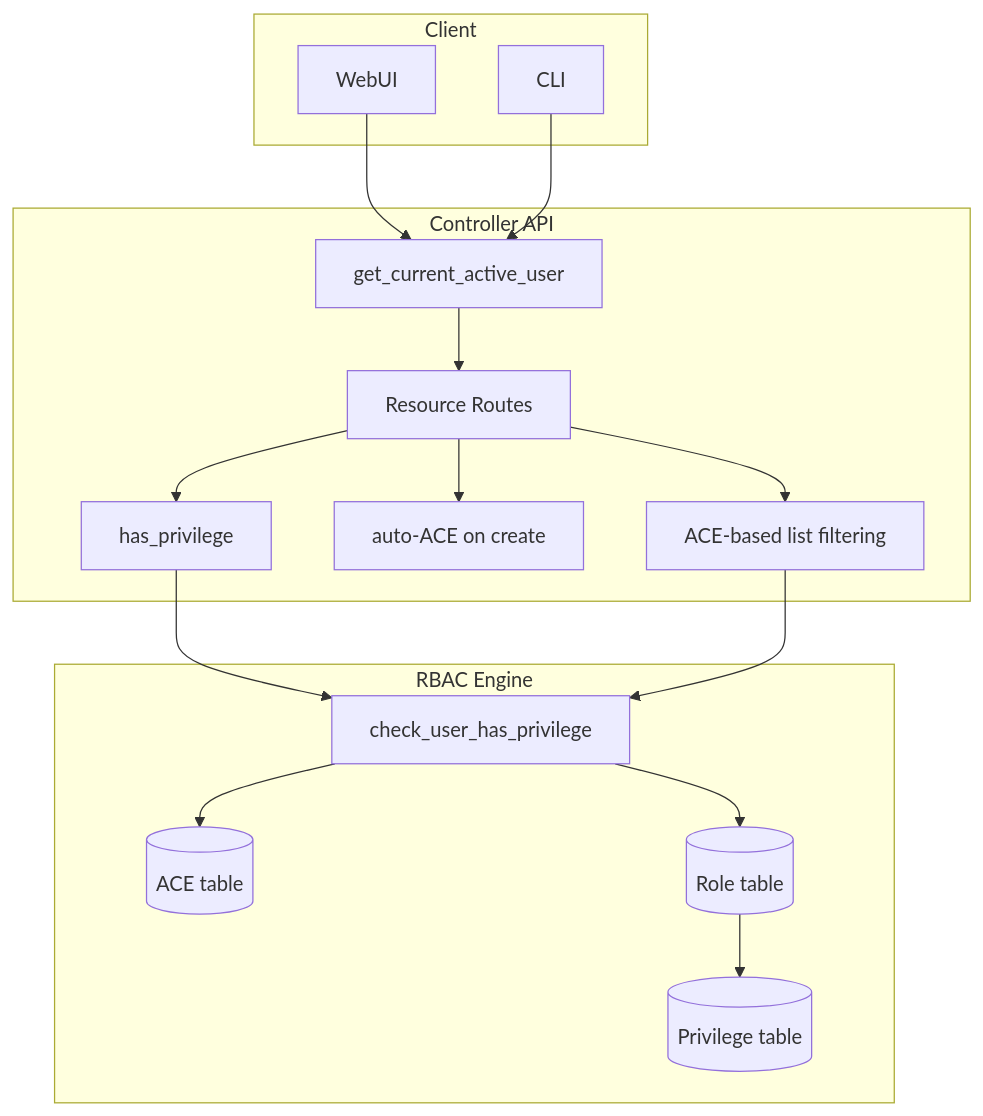
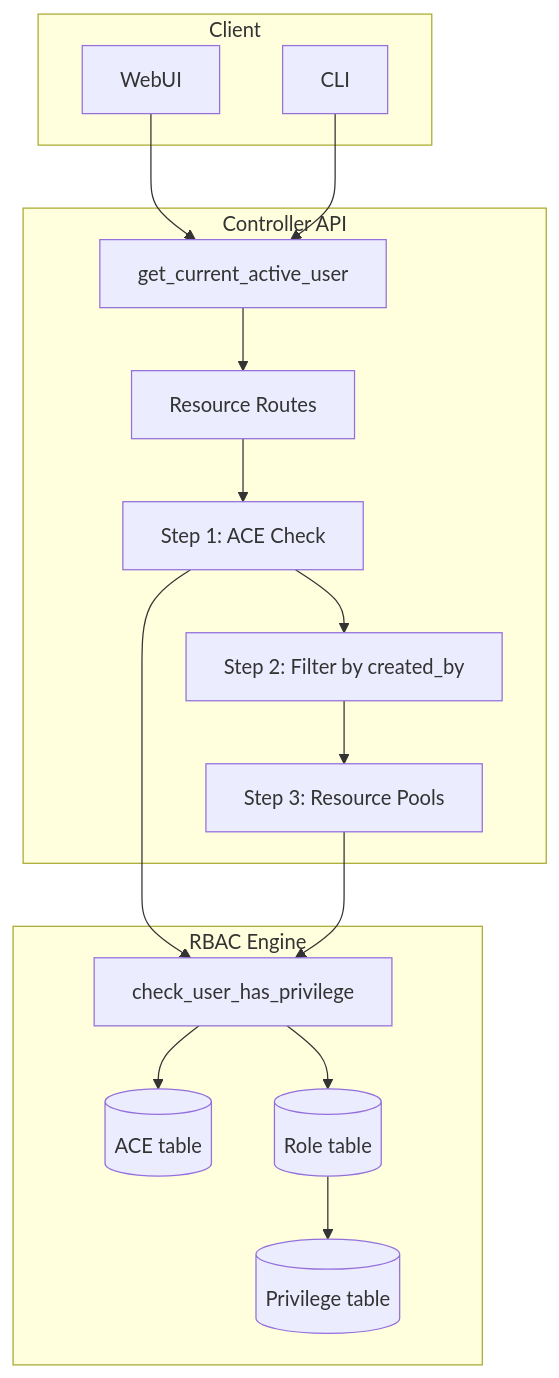
The first of 2 diagrams in docs/gns3-copilot/roadmap/rbac-user-isolation-roadmap.md (cristian-ciobanu/gns3-server), drawn with Mermaid before and after one commit. The commit also changed other lines of this file and 1 other file, not shown here.

First line of the commit message:
docs: update RBAC user isolation roadmap and add design memory

````diff
--- a/docs/gns3-copilot/roadmap/rbac-user-isolation-roadmap.md
+++ b/docs/gns3-copilot/roadmap/rbac-user-isolation-roadmap.md
@@ -30,34 +72,34 @@
 ```mermaid
 graph TD
     subgraph Client
         WebUI
         CLI
     end
-
+    
     subgraph "Controller API"
         Auth[get_current_active_user]
-        PrivCheck[has_privilege]
         Routes[Resource Routes]
-        AutoACE[auto-ACE on create]
-        ListFilter[ACE-based list filtering]
+        ACE_Check[Step 1: ACE Check]
+        Owner_Filter[Step 2: Filter by created_by]
+        Pool_Check[Step 3: Resource Pools]
     end
-
+    
     subgraph "RBAC Engine"
         ACE[(ACE table)]
         Role[(Role table)]
         Privilege[(Privilege table)]
         Checker[check_user_has_privilege]
     end
-
+    
     WebUI --> Auth
     CLI --> Auth
     Auth --> Routes
-    Routes --> PrivCheck
-    Routes --> AutoACE
-    Routes --> ListFilter
-    PrivCheck --> Checker
-    ListFilter --> Checker
+    Routes --> ACE_Check
+    ACE_Check --> Checker
+    ACE_Check --> Owner_Filter
+    Owner_Filter --> Pool_Check
+    Pool_Check --> Checker
     Checker --> ACE
     Checker --> Role
     Role --> Privilege
 ```
````
